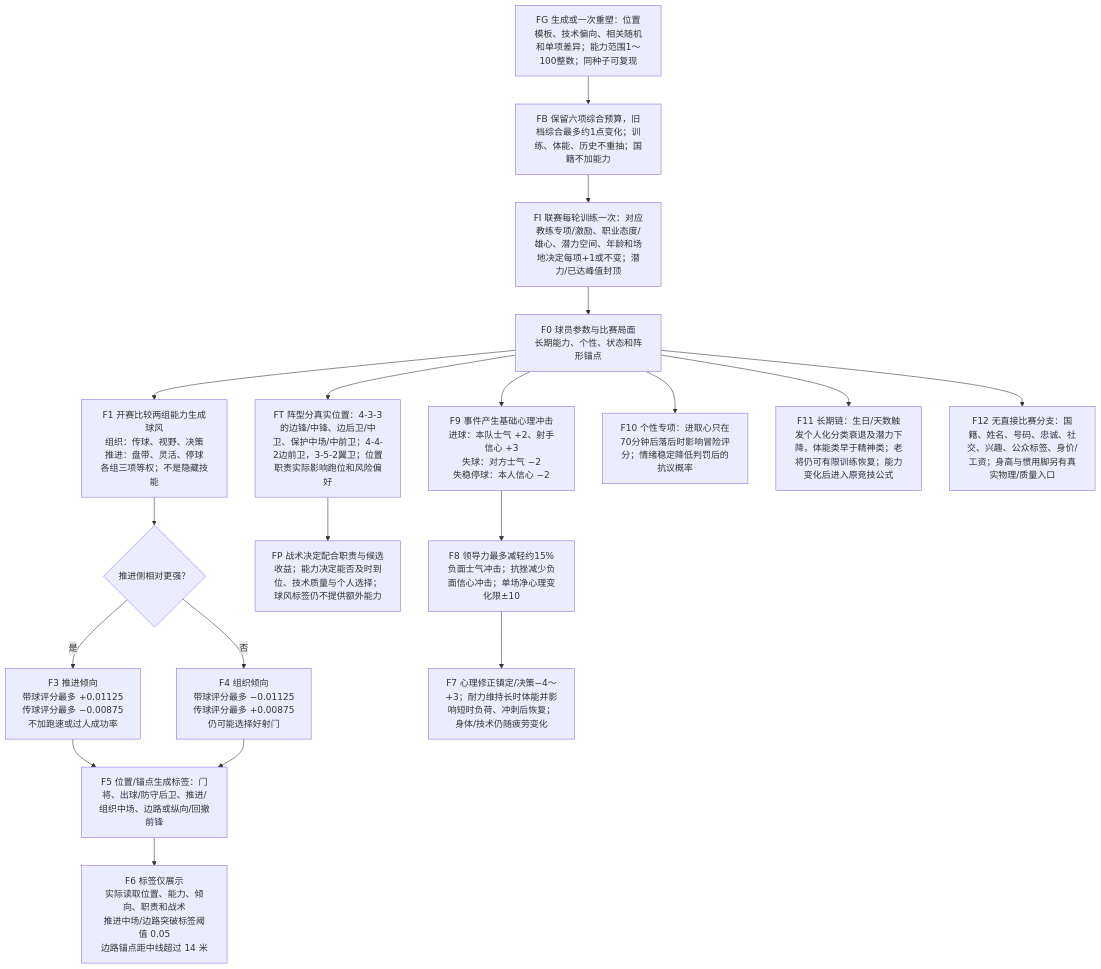
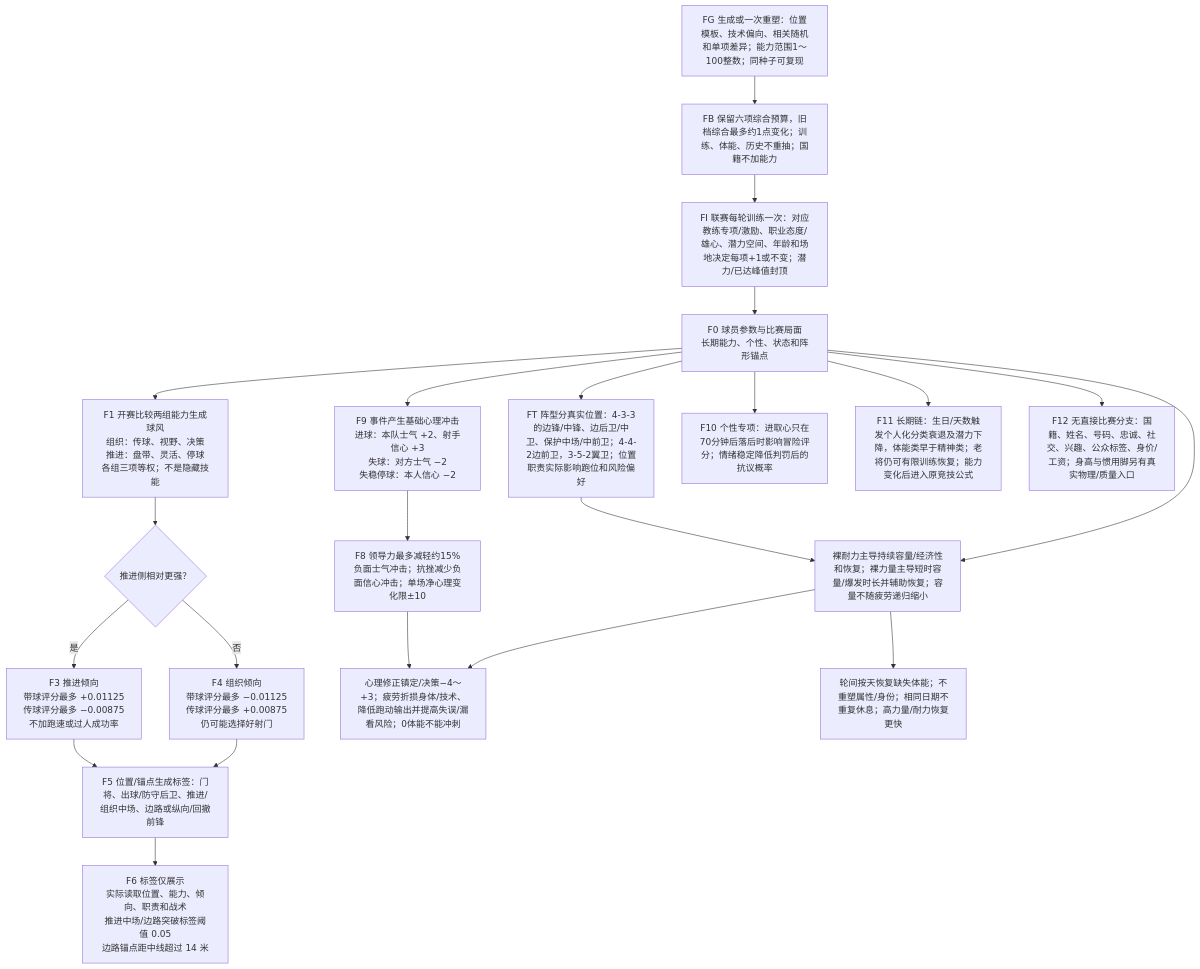
Before and after one commit to sixu3575/touchline-manager: the sixth of 7 diagrams in packages/shared/modules/matches/design/PLAYER_DECISION_MAP.md, drawn with Mermaid. The commit also changed other lines of this file and 36 other files, not shown here.

````diff
--- a/packages/shared/modules/matches/design/PLAYER_DECISION_MAP.md
+++ b/packages/shared/modules/matches/design/PLAYER_DECISION_MAP.md
@@ -206,21 +210,24 @@
 ```mermaid
 flowchart TD
   FG["FG 生成或一次重塑：位置模板、技术偏向、相关随机和单项差异；能力范围1～100整数；同种子可复现"] --> FB["FB 保留六项综合预算，旧档综合最多约1点变化；训练、体能、历史不重抽；国籍不加能力"]
   FB --> FI["FI 联赛每轮训练一次：对应教练专项/激励、职业态度/雄心、潜力空间、年龄和场地决定每项+1或不变；潜力/已达峰值封顶"]
   FI --> F0
   F0["F0 球员参数与比赛局面<br/>长期能力、个性、状态和阵形锚点"] --> F1["F1 开赛比较两组能力生成球风<br/>组织：传球、视野、决策<br/>推进：盘带、灵活、停球<br/>各组三项等权；不是隐藏技能"]
   F1 --> F2{"推进侧相对更强？"}
   F2 -->|是| F3["F3 推进倾向<br/>带球评分最多 +0.01125<br/>传球评分最多 −0.00875<br/>不加跑速或过人成功率"]
   F2 -->|否| F4["F4 组织倾向<br/>带球评分最多 −0.01125<br/>传球评分最多 +0.00875<br/>仍可能选择好射门"]
   F3 --> F5["F5 位置/锚点生成标签：门将、出球/防守后卫、推进/组织中场、边路或纵向/回撤前锋"]
   F4 --> F5
   F5 --> F6["F6 标签仅展示<br/>实际读取位置、能力、倾向、职责和战术<br/>推进中场/边路突破标签阈值 0.05<br/>边路锚点距中线超过 14 米"]
   F0 --> FT["FT 阵型分真实位置：4-3-3的边锋/中锋、边后卫/中卫、保护中场/中前卫；4-4-2边前卫，3-5-2翼卫；位置职责实际影响跑位和风险偏好"]
   FT --> FP["FP 战术决定配合职责与候选收益；能力决定能否及时到位、技术质量与个人选择；球风标签仍不提供额外能力"]
   F0 --> F9["F9 事件产生基础心理冲击<br/>进球：本队士气 +2、射手信心 +3<br/>失球：对方士气 −2<br/>失稳停球：本人信心 −2"]
   F9 --> F8["F8 领导力最多减轻约15%负面士气冲击；抗挫减少负面信心冲击；单场净心理变化限±10"]
-  F8 --> F7["F7 心理修正镇定/决策−4～+3；耐力维持长时体能并影响短时负荷、冲刺后恢复；身体/技术仍随疲劳变化"]
+  F8 --> F7["心理修正镇定/决策−4～+3；疲劳折损身体/技术、降低跑动输出并提高失误/漏看风险；0体能不能冲刺"]
+  F0 --> FP["裸耐力主导持续容量/经济性和恢复；裸力量主导短时容量/爆发时长并辅助恢复；容量不随疲劳递归缩小"]
+  FP --> F7
+  FP --> FR["轮间按天恢复缺失体能；不重塑属性/身份；相同日期不重复休息；高力量/耐力恢复更快"]
   F0 --> F10["F10 个性专项：进取心只在70分钟后落后时影响冒险评分；情绪稳定降低判罚后的抗议概率"]
   F0 --> F11["F11 长期链：生日/天数触发个人化分类衰退及潜力下降，体能类早于精神类；老将仍可有限训练恢复；能力变化后进入原竞技公式"]
   F0 --> F12["F12 无直接比赛分支：国籍、姓名、号码、忠诚、社交、兴趣、公众标签、身价/工资；身高与惯用脚另有真实物理/质量入口"]
 ```
````
